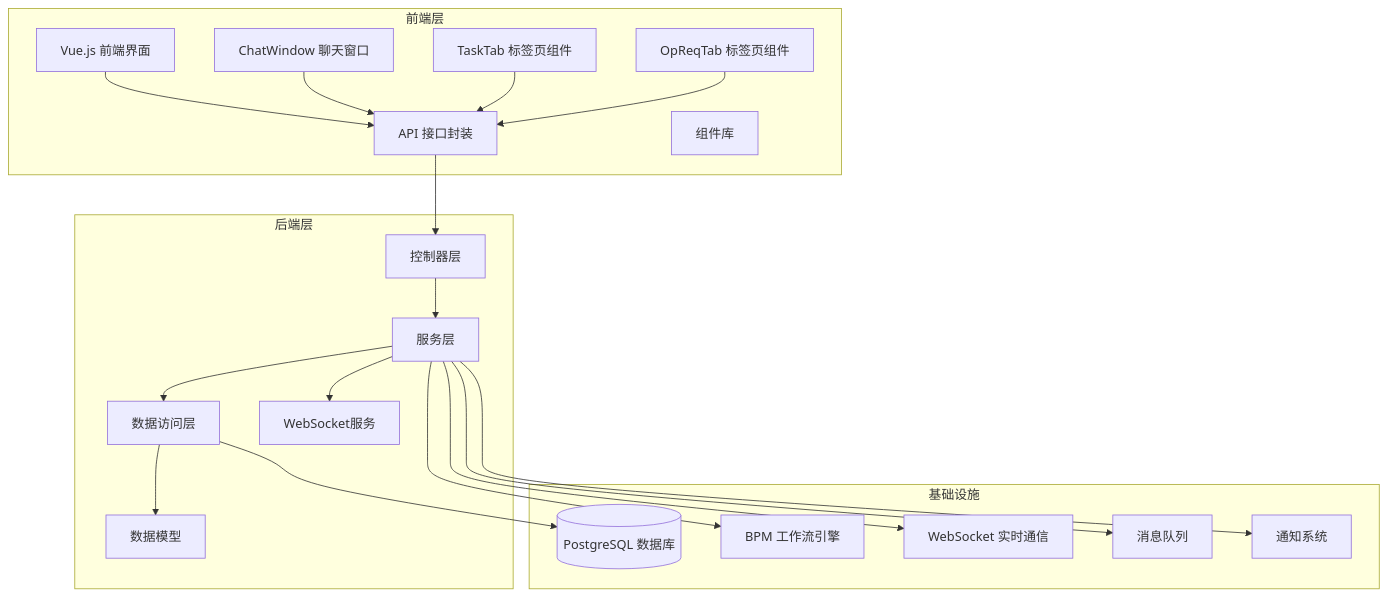
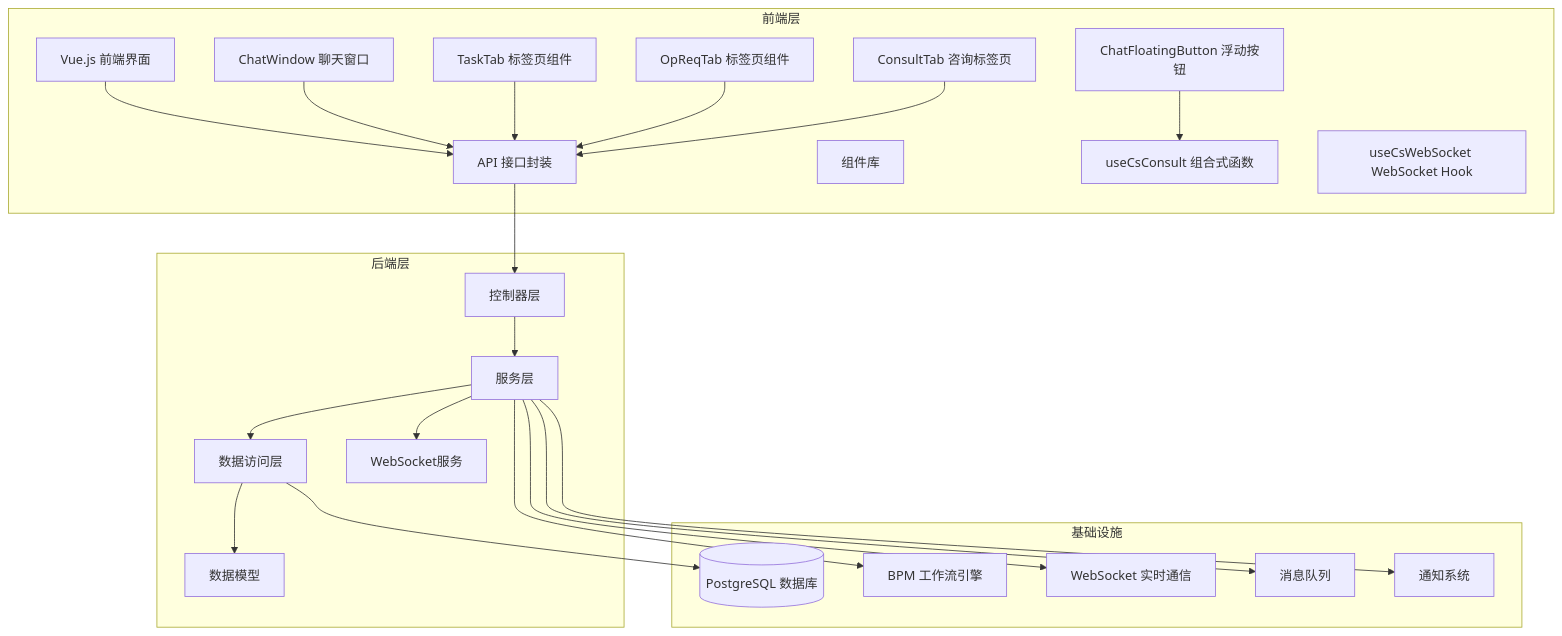
Before and after one commit to xiaoche80s-tech/rouyi-vue-pro: the first of 22 diagrams in .qoder/repowiki/zh/content/核心模块/客户服务模块.md, drawn with Mermaid. The commit also changed other lines of this file and 331 other files, not shown here.

````diff
--- a/.qoder/repowiki/zh/content/核心模块/客户服务模块.md
+++ b/.qoder/repowiki/zh/content/核心模块/客户服务模块.md
@@ -62,39 +84,45 @@
 ```mermaid
 graph TB
 subgraph "前端层"
 FE_UI[Vue.js 前端界面]
 FE_API[API 接口封装]
 FE_COMPONENTS[组件库]
 FE_CHATWINDOW[ChatWindow 聊天窗口]
+FE_FLOATINGBUTTON[ChatFloatingButton 浮动按钮]
 FE_TASKTAB[TaskTab 标签页组件]
 FE_OPREQTAB[OpReqTab 标签页组件]
+FE_CONSULTTAB[ConsultTab 咨询标签页]
+FE_USECSCONSULT[useCsConsult 组合式函数]
+FE_USECSWEBSOCKET[useCsWebSocket WebSocket Hook]
 end
 subgraph "后端层"
 BE_CONTROLLER[控制器层]
 BE_SERVICE[服务层]
 BE_DAL[数据访问层]
 BE_MODEL[数据模型]
 BE_WEBSOCKET[WebSocket服务]
 end
 subgraph "基础设施"
 DB[(PostgreSQL 数据库)]
 BPM[BPM 工作流引擎]
 WS[WebSocket 实时通信]
 MQ[消息队列]
 NOTIFY[通知系统]
 end
 FE_UI --> FE_API
 FE_API --> BE_CONTROLLER
 FE_CHATWINDOW --> FE_API
+FE_FLOATINGBUTTON --> FE_USECSCONSULT
 FE_TASKTAB --> FE_API
 FE_OPREQTAB --> FE_API
+FE_CONSULTTAB --> FE_API
 BE_CONTROLLER --> BE_SERVICE
 BE_SERVICE --> BE_DAL
 BE_SERVICE --> BE_WEBSOCKET
 BE_DAL --> BE_MODEL
 BE_DAL --> DB
 BE_SERVICE --> BPM
 BE_SERVICE --> WS
 BE_SERVICE --> MQ
 BE_SERVICE --> NOTIFY
 ```
````
